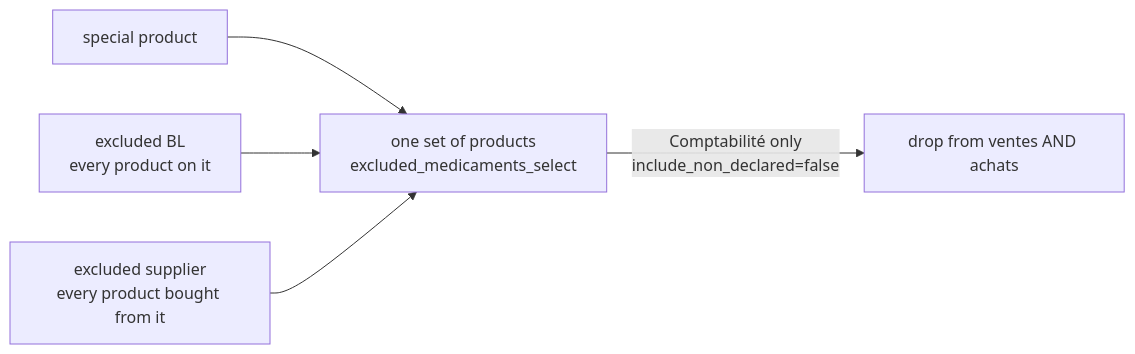
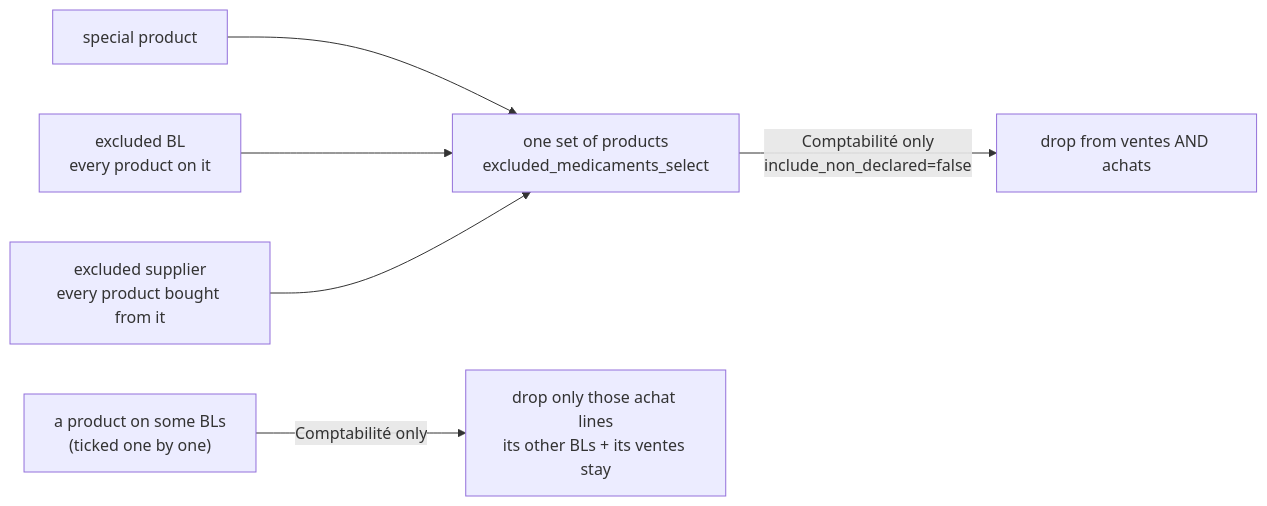
One commit to ura-computing/ura-posix changed diagram 13 of 18 in README.md. Above: the diagram before and after it, drawn with Mermaid. The commit also changed other lines of this file and 46 other files, not shown here.

````diff
--- a/README.md
+++ b/README.md
@@ -519,7 +520,8 @@
 ```mermaid
 flowchart LR
   SP["special product"] --> SET["one set of products<br/>excluded_medicaments_select"]
   BL["excluded BL<br/>every product on it"] --> SET
   SU["excluded supplier<br/>every product bought from it"] --> SET
   SET -- "Comptabilité only<br/>include_non_declared=false" --> OUT["drop from ventes AND achats"]
+  LI["a product on some BLs<br/>(ticked one by one)"] -- "Comptabilité only" --> ACH["drop only those achat lines<br/>its other BLs + its ventes stay"]
 ```
````
